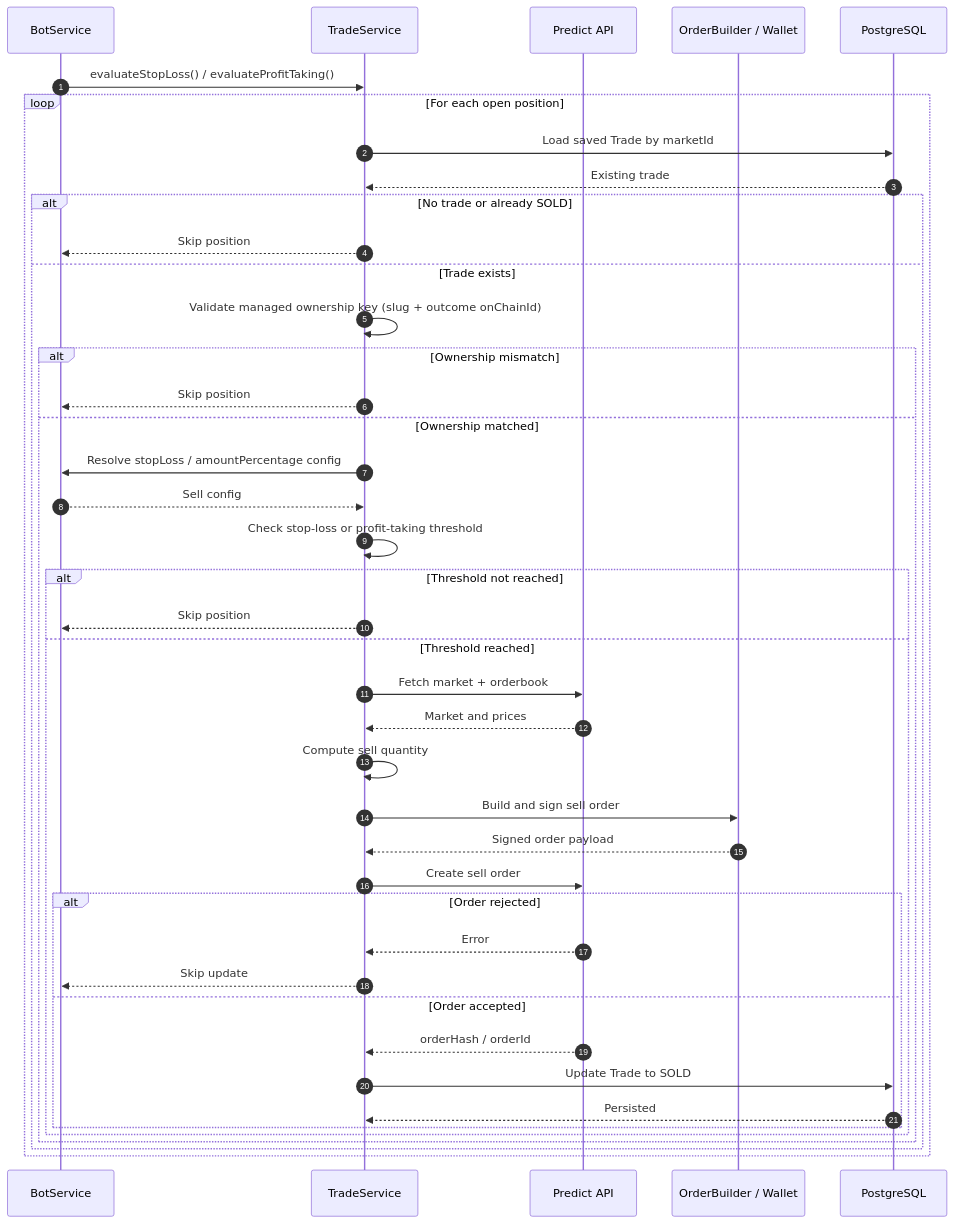
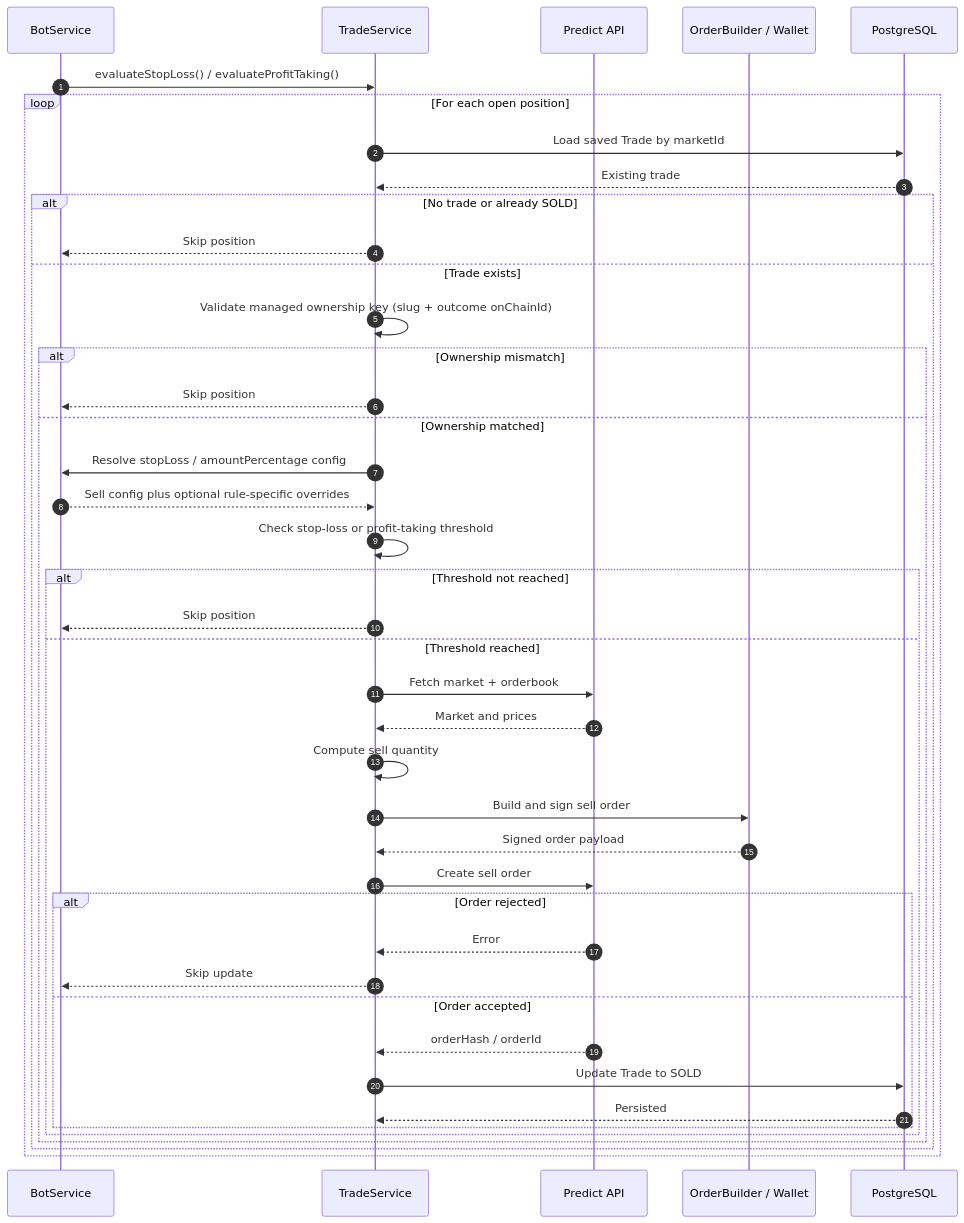
One commit to blckfsh/prediction-market-trading-bot changed the second of 2 diagrams in docs/trading.md. Above: the diagram before and after it, drawn with Mermaid. The commit also changed other lines of this file and 20 other files, not shown here.

````diff
--- a/docs/trading.md
+++ b/docs/trading.md
@@ -217,46 +226,46 @@
 ```mermaid
 sequenceDiagram
   autonumber
 
   participant Bot as BotService
   participant Trade as TradeService
   participant API as Predict API
   participant BSC as OrderBuilder / Wallet
   participant DB as PostgreSQL
 
   Bot->>Trade: evaluateStopLoss() / evaluateProfitTaking()
   loop For each open position
     Trade->>DB: Load saved Trade by marketId
     DB-->>Trade: Existing trade
     alt No trade or already SOLD
       Trade-->>Bot: Skip position
     else Trade exists
       Trade->>Trade: Validate managed ownership key (slug + outcome onChainId)
       alt Ownership mismatch
         Trade-->>Bot: Skip position
       else Ownership matched
       Trade->>Bot: Resolve stopLoss / amountPercentage config
-      Bot-->>Trade: Sell config
+      Bot-->>Trade: Sell config plus optional rule-specific overrides
       Trade->>Trade: Check stop-loss or profit-taking threshold
       alt Threshold not reached
         Trade-->>Bot: Skip position
       else Threshold reached
         Trade->>API: Fetch market + orderbook
         API-->>Trade: Market and prices
         Trade->>Trade: Compute sell quantity
         Trade->>BSC: Build and sign sell order
         BSC-->>Trade: Signed order payload
         Trade->>API: Create sell order
         alt Order rejected
           API-->>Trade: Error
           Trade-->>Bot: Skip update
         else Order accepted
           API-->>Trade: orderHash / orderId
           Trade->>DB: Update Trade to SOLD
           DB-->>Trade: Persisted
         end
       end
       end
     end
   end
 ```
````
